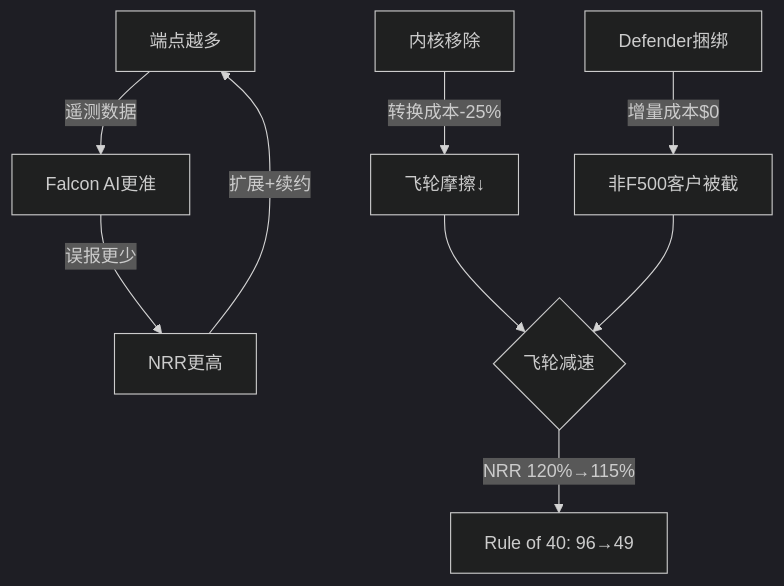
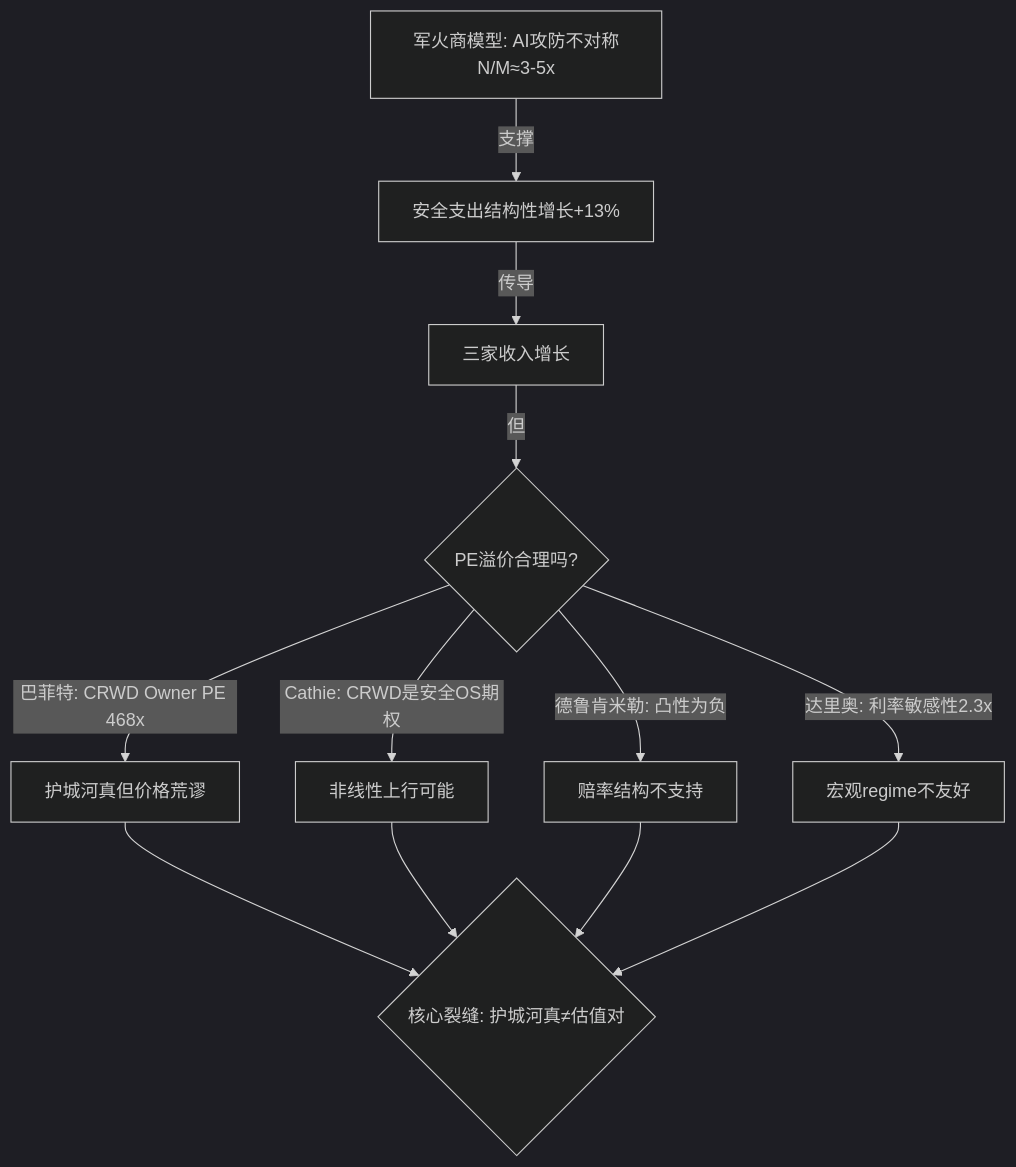
One commit to miltonnewyork25-afk/investment-master changed the first of 2 diagrams in reports/SAAS_SERIES_R2_SECURITY/R2_Security_SaaS_Complete_v1.md. Above: the diagram before and after it, drawn with Mermaid (dark theme). The commit also changed other lines of this file, not shown here.

````diff
--- a/reports/SAAS_SERIES_R2_SECURITY/R2_Security_SaaS_Complete_v1.md
+++ b/reports/SAAS_SERIES_R2_SECURITY/R2_Security_SaaS_Complete_v1.md
@@ -172,11 +1434,14 @@
 ```mermaid
-flowchart TD
-    A[端点越多] -->|遥测数据| B[Falcon AI更准]
-    B -->|误报更少| C[NRR更高]
-    C -->|扩展+续约| A
-    D[内核移除] -->|转换成本-25%| E[飞轮摩擦↓]
-    F[Defender捆绑] -->|增量成本$0| G[非F500客户被截]
-    E --> H{飞轮减速}
-    G --> H
-    H -->|NRR 120%→115%| I[Rule of 40: 96→49]
+graph TD
+    A[军火商模型: AI攻防不对称N/M≈3-5x] -->|支撑| B[安全支出结构性增长+13%]
+    B -->|传导| C[三家收入增长]
+    C -->|但| D{PE溢价合理吗?}
+    D -->|巴菲特: CRWD Owner PE 468x| E[护城河真但价格荒谬]
+    D -->|Cathie: CRWD是安全OS期权| F[非线性上行可能]
+    D -->|德鲁肯米勒: 凸性为负| G[赔率结构不支持]
+    D -->|达里奥: 利率敏感性2.3x| H[宏观regime不友好]
+    E --> I{核心裂缝: 护城河真≠估值对}
+    F --> I
+    G --> I
+    H --> I
 ```
````
